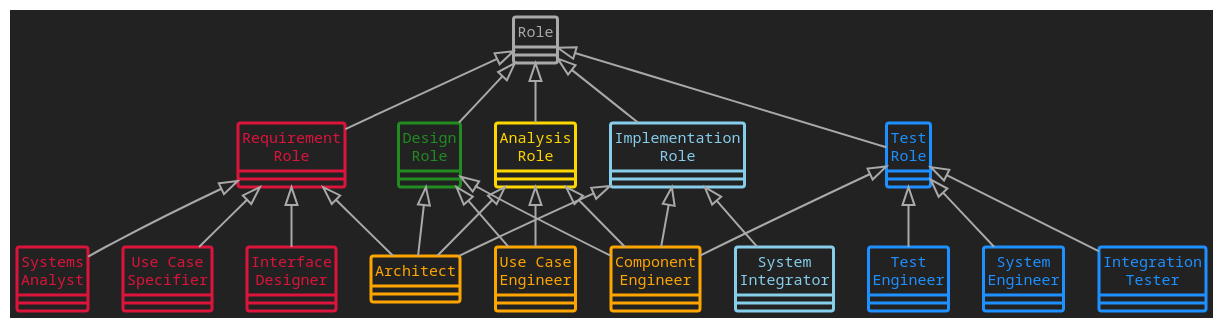
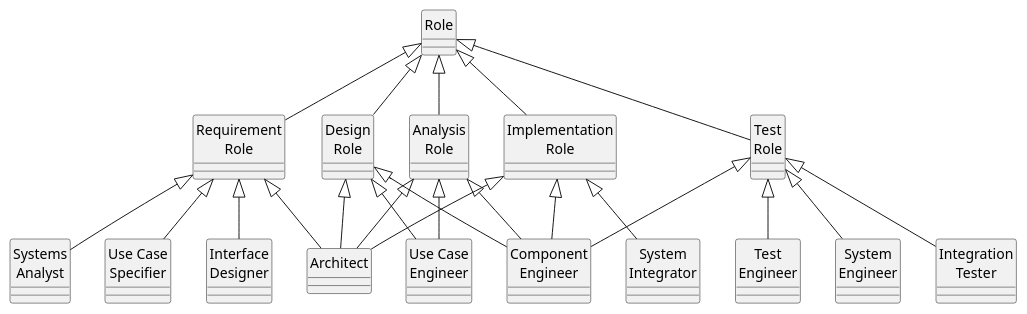
One commit to mmasias/IdSw1 changed the diagram in modelosUML/RUProles.puml. Above: the diagram before and after it, drawn with PlantUML. The commit also changed 2 other files, not shown here.

```diff
--- a/modelosUML/RUProles.puml
+++ b/modelosUML/RUProles.puml
@@ -1,109 +1,50 @@
 ' Autor: Prof. Luis Fernandez
-
-skinparam backgroundColor #222222
-
-skinparam default {
-    FontSize 20
-    FontName courier
-    FontStyle normal
-    FontColor #white
-}
-
-skinparam shadowing false
-skinparam padding 1
-
-skinparam arrow {
-    Thickness 2
-    Color #DarkGrey
-    FontSize 20
-    FontName courier
-    FontStyle normal
-    FontColor #DarkGrey
-}
-
-skinparam class {
-    BorderThickness 3
-    BorderColor #DarkGrey
-    BackgroundColor #222222
-    FontSize 20
-    FontName courier
-    FontStyle bold
-    FontColor #DarkGrey
-}
-
-skinparam classAttribute {
-    FontSize 15
-    FontName courier
-    FontStyle normal
-    FontColor<<requirement>> #DC143C
-    FontColor<<analysis>> #FFD700
-    FontColor<<design>> #228B22
-    FontColor<<implementation>> #87ceeb
-    FontColor<<test>> #1E90FF
-    FontColor<<several>> #ffa500
-}
 
 hide circle
 hide stereotype
-
-skinparam class {
-    BorderColor<<requirement>> #DC143C
-    BorderColor<<analysis>> #FFD700
-    BorderColor<<design>> #228B22
-    BorderColor<<implementation>> #87ceeb
-    BorderColor<<test>> #1E90FF
-    BorderColor<<several>> #ffa500
-    FontColor<<requirement>> #DC143C
-    FontColor<<analysis>> #FFD700
-    FontColor<<design>> #228B22
-    FontColor<<implementation>> #87ceeb
-    FontColor<<test>> #1E90FF
-    FontColor<<several>> #ffa500
-}
-
 
 class Role
 class RequirementRole as "Requirement\nRole" <<requirement>>
 class AnalysisRole as "Analysis\nRole" <<analysis>>
 class DesignRole as "Design\nRole" <<design>>
 class ImplementRole as "Implementation\nRole" <<implementation>>
 class TestRole as "Test\nRole" <<test>>
 
 class SystemsAnalyst as "Systems\nAnalyst" <<requirement>>
 class UseCaseSpecifier as "Use Case\nSpecifier" <<requirement>>
 class InterfaceDesigner as "Interface\nDesigner" <<requirement>>
 class UseCaseEngineer as "Use Case\nEngineer" <<several>>
 class Architect <<several>>
 class ComponentEngineer as "Component\nEngineer" <<several>>
 class SystemIntegrator as "System\nIntegrator" <<implementation>>
 class TestEngineer as "Test\nEngineer" <<test>>
 class SystemTester as "System\nEngineer" <<test>>
 class IntegrationTester as "Integration\nTester" <<test>>
 
 Role <|-- RequirementRole
 Role <|-- AnalysisRole
 Role <|-- DesignRole
 Role <|-- ImplementRole
 Role <|-- TestRole
 
 RequirementRole <|-- SystemsAnalyst
 RequirementRole <|-- UseCaseSpecifier
 RequirementRole <|-- Architect
 RequirementRole <|-- InterfaceDesigner
 
 AnalysisRole <|-- Architect
 AnalysisRole <|-- UseCaseEngineer
 AnalysisRole <|-- ComponentEngineer
 
 ImplementRole <|-- Architect
 ImplementRole <|-- SystemIntegrator
 ImplementRole <|-- ComponentEngineer
 
 TestRole <|-- TestEngineer
 TestRole <|-- SystemTester
 TestRole <|-- IntegrationTester
 TestRole <|-- ComponentEngineer
 
 DesignRole <|-- Architect
 DesignRole <|-- UseCaseEngineer
 DesignRole <|-- ComponentEngineer
```
